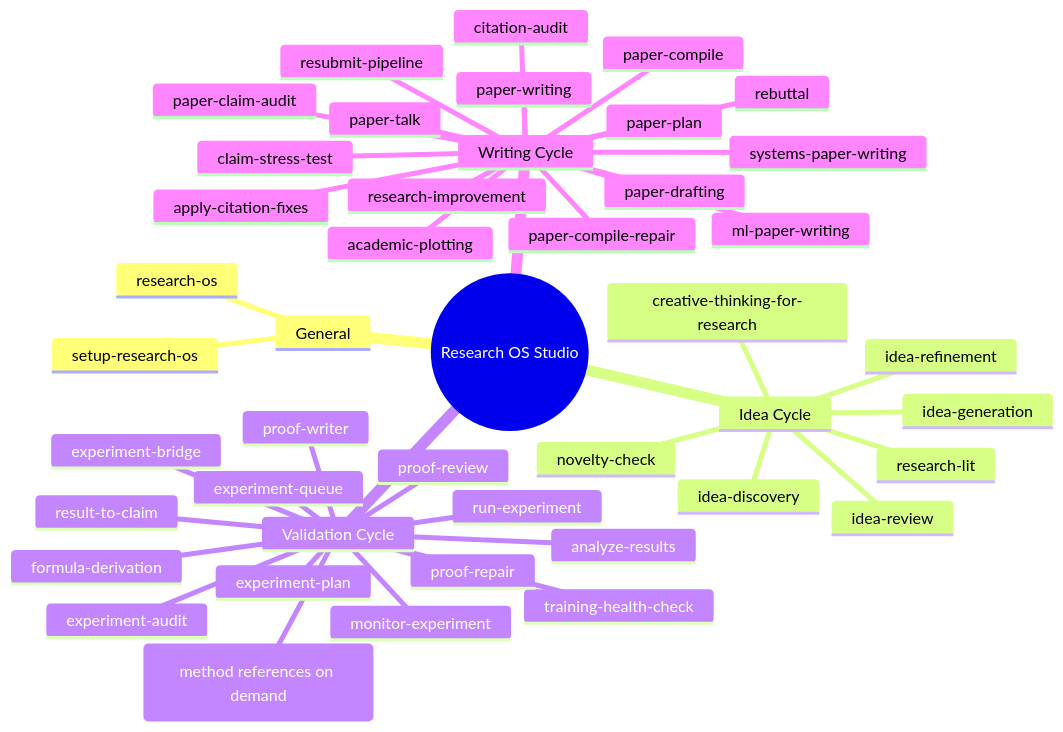
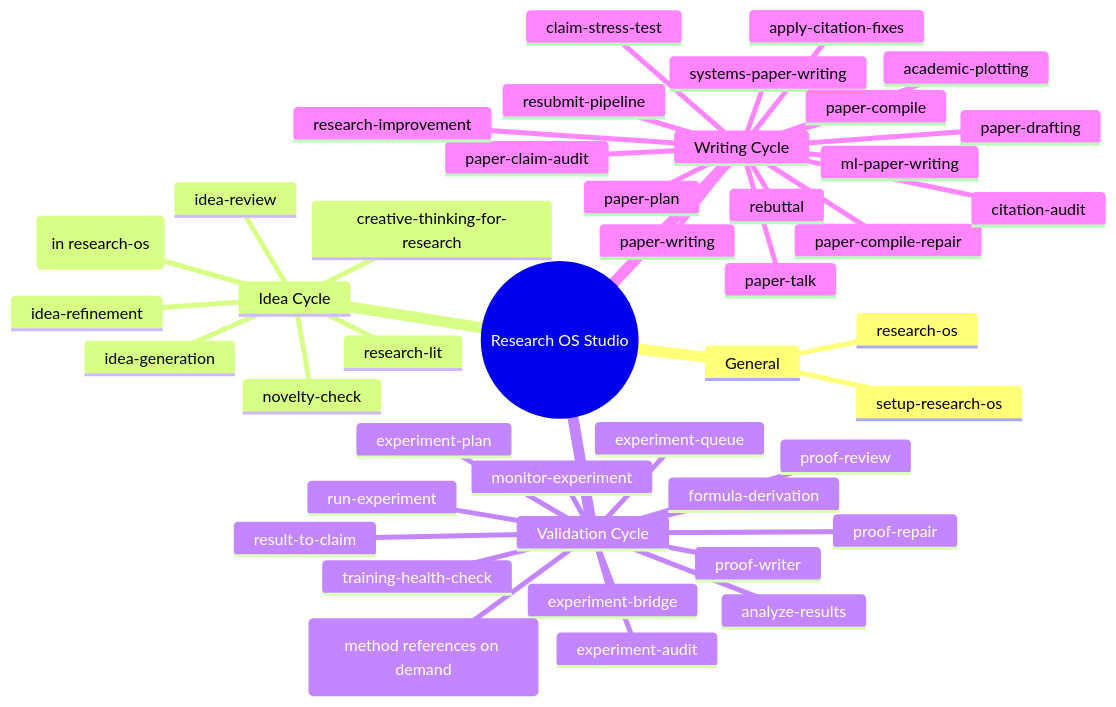
One commit to toRolex/Research-OS-Studio changed the second of 3 diagrams in docs/assets/workflow-diagrams.md. Above: the diagram before and after it, drawn with Mermaid. The commit also changed other lines of this file and 27 other files, not shown here.

Commit message:
refactor: move discovery recipe into research-os

````diff
--- a/docs/assets/workflow-diagrams.md
+++ b/docs/assets/workflow-diagrams.md
@@ -51,47 +51,47 @@
 ```mermaid
 mindmap
   root((Research OS Studio))
     General
       setup-research-os
       research-os
     Idea Cycle
-      idea-discovery
+      Discovery recipe (in research-os)
       research-lit
       idea-generation
       creative-thinking-for-research
       novelty-check
       idea-review
       idea-refinement
     Validation Cycle
       experiment-plan
       experiment-bridge
       run-experiment
       experiment-queue
       monitor-experiment
       training-health-check
       analyze-results
       experiment-audit
       result-to-claim
       formula-derivation
       proof-writer
       proof-review
       proof-repair
       /research-os proof (method references on demand)
     Writing Cycle
       paper-writing
       ml-paper-writing
       systems-paper-writing
       paper-plan
       paper-drafting
       academic-plotting
       paper-compile
       paper-compile-repair
       citation-audit
       apply-citation-fixes
       paper-claim-audit
       claim-stress-test
       research-improvement
       rebuttal
       resubmit-pipeline
       paper-talk
 ```
````
